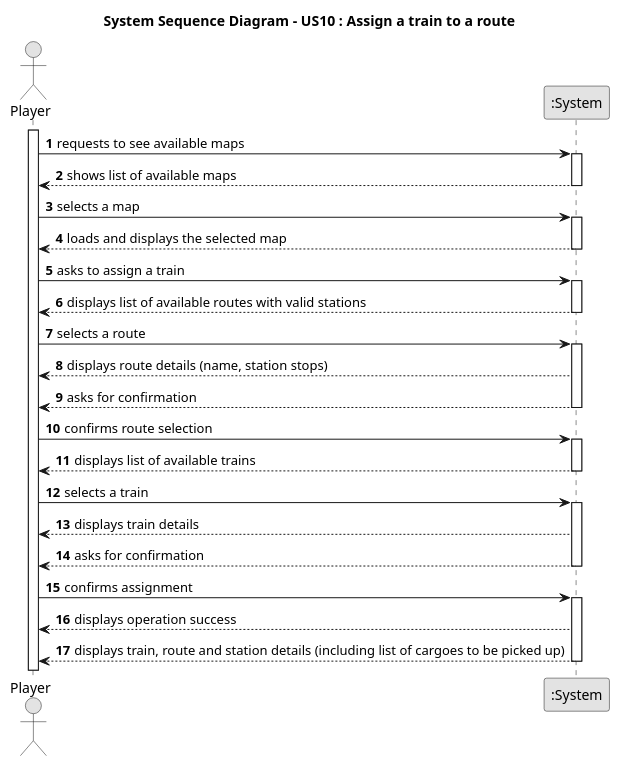
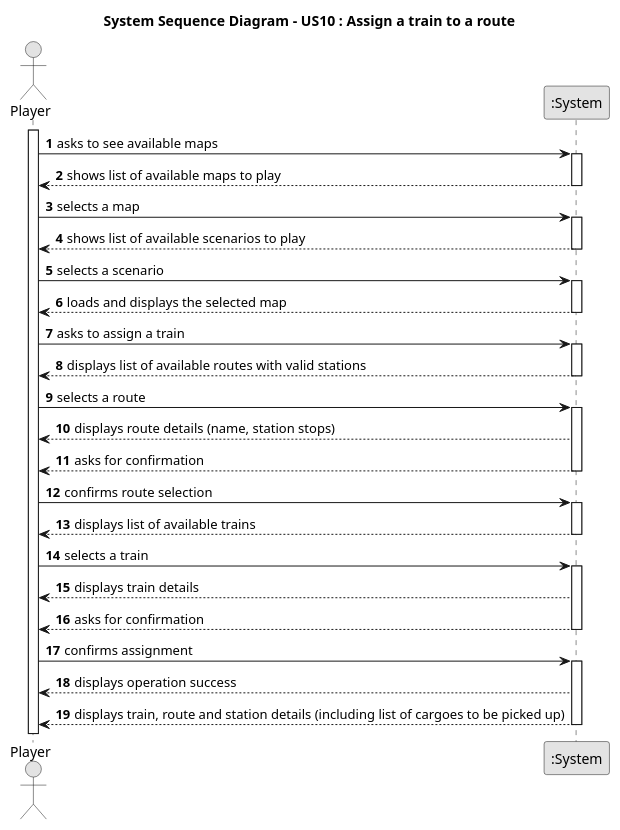
Before and after one commit to HenriqueSilva18/Railway-Network-Simulator: the diagram in docs/system-documentation/Sprint 2/US10/01.requirements-engineering/puml/US010-SSD.puml, drawn with PlantUML. The commit also changed 14 other files, not shown here.

```diff
--- a/docs/system-documentation/Sprint 2/US10/01.requirements-engineering/puml/US010-SSD.puml
+++ b/docs/system-documentation/Sprint 2/US10/01.requirements-engineering/puml/US010-SSD.puml
@@ -1,67 +1,66 @@
 @startuml
 skinparam monochrome true
 skinparam packageStyle rectangle
 skinparam shadowing false
 
 autonumber
 
 title "System Sequence Diagram - US10 : Assign a train to a route"
 
 actor "Player" as Player
 participant ":System" as System
 
 activate Player
+Player -> System: asks to see available maps
+activate System
+System --> Player: shows list of available maps to play
+deactivate System
+Player -> System: selects a map
+activate System
+System --> Player: shows list of available scenarios to play
+deactivate System
+Player -> System : selects a scenario
+activate System
 
- Player -> System : requests to see available maps
-        activate System
-
-
-            System --> Player : shows list of available maps
-        deactivate System
-
-    Player -> System : selects a map
-        activate System
-
-
-            System --> Player : loads and displays the selected map
-        deactivate System
+System --> Player: loads and displays the selected map
+deactivate System
 
     Player -> System : asks to assign a train
         activate System
 
 
             System --> Player : displays list of available routes with valid stations
         deactivate System
 
     Player -> System : selects a route
         activate System
 
 
             System --> Player : displays route details (name, station stops)
             System --> Player : asks for confirmation
         deactivate System
 
     Player -> System : confirms route selection
         activate System
 
 
             System --> Player : displays list of available trains
         deactivate System
 
     Player -> System : selects a train
         activate System
 
 
             System --> Player : displays train details
             System --> Player : asks for confirmation
         deactivate System
 
     Player -> System : confirms assignment
         activate System
 
 
             System --> Player : displays operation success
             System --> Player : displays train, route and station details (including list of cargoes to be picked up)
         deactivate System
 
 @enduml
```
